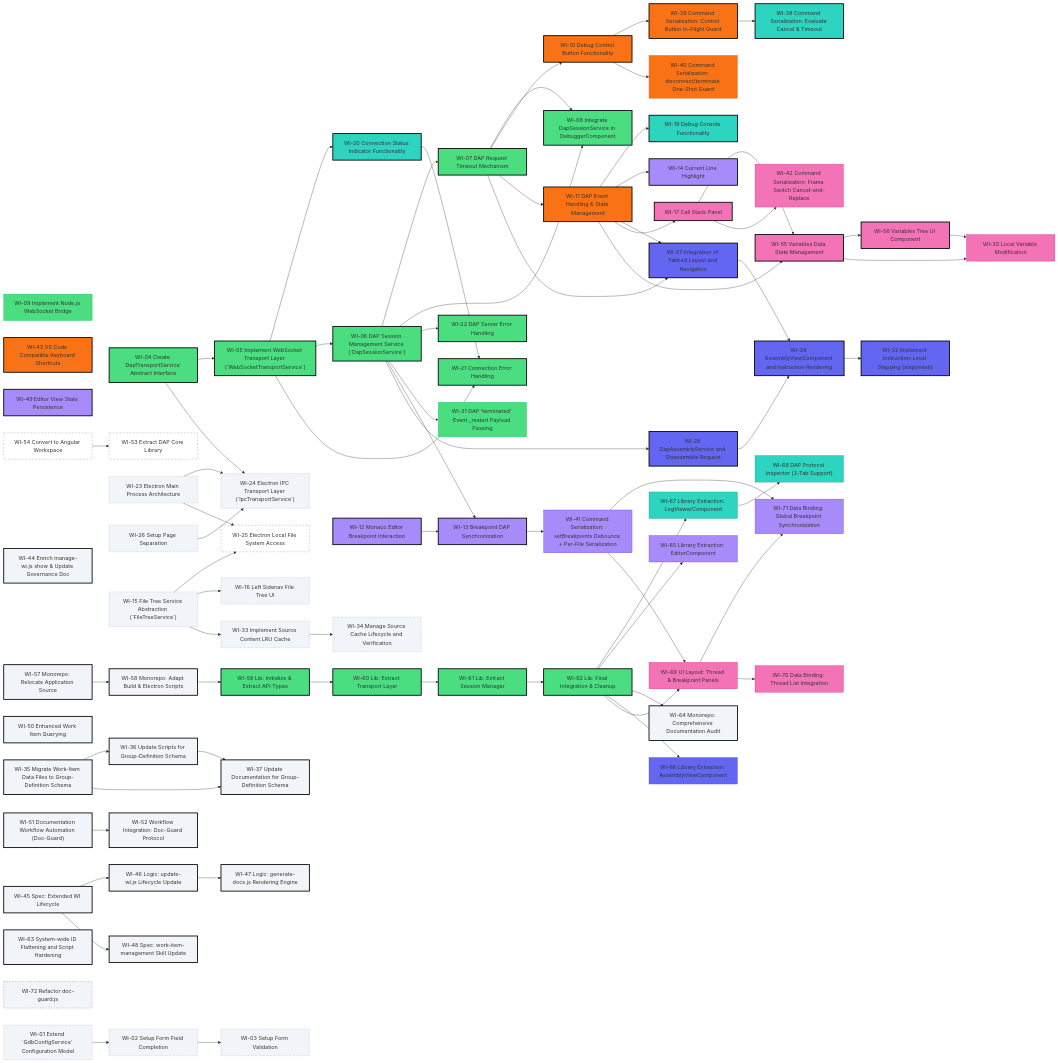
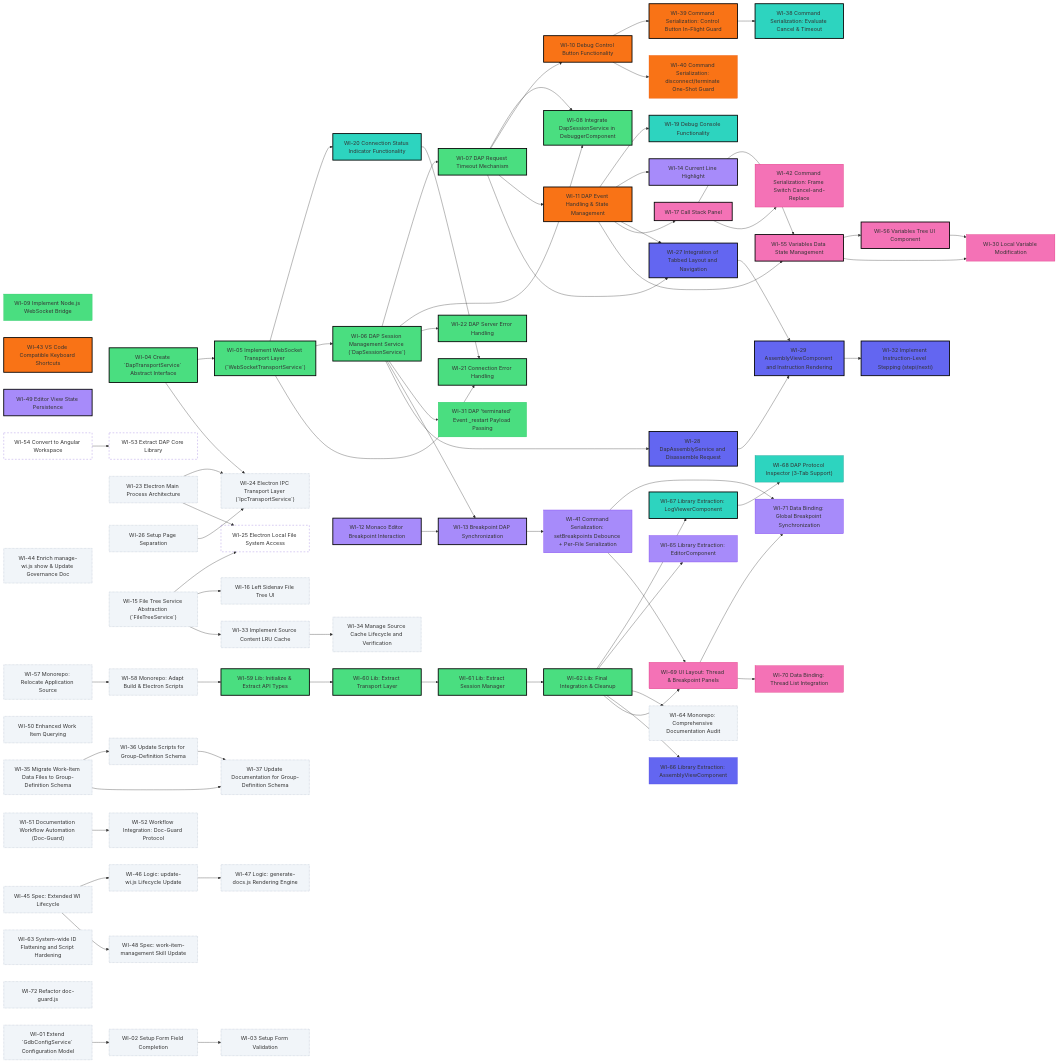
Before and after one commit to tangpo387-arch/taro-debugger: the diagram in docs/project-roadmap.md, drawn with Mermaid. The commit also changed other lines of this file and 39 other files, not shown here.

```diff
--- a/docs/project-roadmap.md
+++ b/docs/project-roadmap.md
@@ -150,7 +150,7 @@
     style WI_19 fill:#2dd4bf,stroke:#000,stroke-width:2.5px
     style WI_20 fill:#2dd4bf,stroke:#000,stroke-width:2.5px
     style WI_38 fill:#2dd4bf,stroke:#000,stroke-width:2.5px
-    style WI_67 fill:#2dd4bf,stroke:#0d9488
+    style WI_67 fill:#2dd4bf,stroke:#000,stroke-width:2.5px
     style WI_68 fill:#2dd4bf,stroke:#0d9488
     style WI_04 fill:#4ade80,stroke:#000,stroke-width:2.5px
     style WI_05 fill:#4ade80,stroke:#000,stroke-width:2.5px
@@ -186,23 +186,23 @@
     style WI_16 fill:#f1f5f9,stroke:#94a3b8,stroke-width:1px,stroke-dasharray:2
     style WI_33 fill:#f1f5f9,stroke:#94a3b8,stroke-width:1px,stroke-dasharray:2
     style WI_34 fill:#f1f5f9,stroke:#94a3b8,stroke-width:1px,stroke-dasharray:2
-    style WI_35 fill:#f1f5f9,stroke:#000,stroke-width:2.5px
-    style WI_36 fill:#f1f5f9,stroke:#000,stroke-width:2.5px
-    style WI_37 fill:#f1f5f9,stroke:#000,stroke-width:2.5px
-    style WI_44 fill:#f1f5f9,stroke:#000,stroke-width:2.5px
-    style WI_45 fill:#f1f5f9,stroke:#000,stroke-width:2.5px
-    style WI_46 fill:#f1f5f9,stroke:#000,stroke-width:2.5px
-    style WI_47 fill:#f1f5f9,stroke:#000,stroke-width:2.5px
-    style WI_48 fill:#f1f5f9,stroke:#000,stroke-width:2.5px
-    style WI_50 fill:#f1f5f9,stroke:#000,stroke-width:2.5px
-    style WI_51 fill:#f1f5f9,stroke:#000,stroke-width:2.5px
-    style WI_52 fill:#f1f5f9,stroke:#000,stroke-width:2.5px
+    style WI_35 fill:#f1f5f9,stroke:#94a3b8,stroke-width:1px,stroke-dasharray:2
+    style WI_36 fill:#f1f5f9,stroke:#94a3b8,stroke-width:1px,stroke-dasharray:2
+    style WI_37 fill:#f1f5f9,stroke:#94a3b8,stroke-width:1px,stroke-dasharray:2
+    style WI_44 fill:#f1f5f9,stroke:#94a3b8,stroke-width:1px,stroke-dasharray:2
+    style WI_45 fill:#f1f5f9,stroke:#94a3b8,stroke-width:1px,stroke-dasharray:2
+    style WI_46 fill:#f1f5f9,stroke:#94a3b8,stroke-width:1px,stroke-dasharray:2
+    style WI_47 fill:#f1f5f9,stroke:#94a3b8,stroke-width:1px,stroke-dasharray:2
+    style WI_48 fill:#f1f5f9,stroke:#94a3b8,stroke-width:1px,stroke-dasharray:2
+    style WI_50 fill:#f1f5f9,stroke:#94a3b8,stroke-width:1px,stroke-dasharray:2
+    style WI_51 fill:#f1f5f9,stroke:#94a3b8,stroke-width:1px,stroke-dasharray:2
+    style WI_52 fill:#f1f5f9,stroke:#94a3b8,stroke-width:1px,stroke-dasharray:2
     style WI_54 fill:none,stroke-dasharray:5
-    style WI_57 fill:#f1f5f9,stroke:#000,stroke-width:2.5px
-    style WI_58 fill:#f1f5f9,stroke:#000,stroke-width:2.5px
-    style WI_63 fill:#f1f5f9,stroke:#000,stroke-width:2.5px
-    style WI_64 fill:#f1f5f9,stroke:#000,stroke-width:2.5px
-    style WI_72 fill:#f1f5f9,stroke:#64748b,stroke-dasharray: 4
+    style WI_57 fill:#f1f5f9,stroke:#94a3b8,stroke-width:1px,stroke-dasharray:2
+    style WI_58 fill:#f1f5f9,stroke:#94a3b8,stroke-width:1px,stroke-dasharray:2
+    style WI_63 fill:#f1f5f9,stroke:#94a3b8,stroke-width:1px,stroke-dasharray:2
+    style WI_64 fill:#f1f5f9,stroke:#94a3b8,stroke-width:1px,stroke-dasharray:2
+    style WI_72 fill:#f1f5f9,stroke:#94a3b8,stroke-width:1px,stroke-dasharray:2
     style WI_27 fill:#6366f1,stroke:#000,stroke-width:2.5px
     style WI_28 fill:#6366f1,stroke:#000,stroke-width:2.5px
     style WI_29 fill:#6366f1,stroke:#000,stroke-width:2.5px
```
